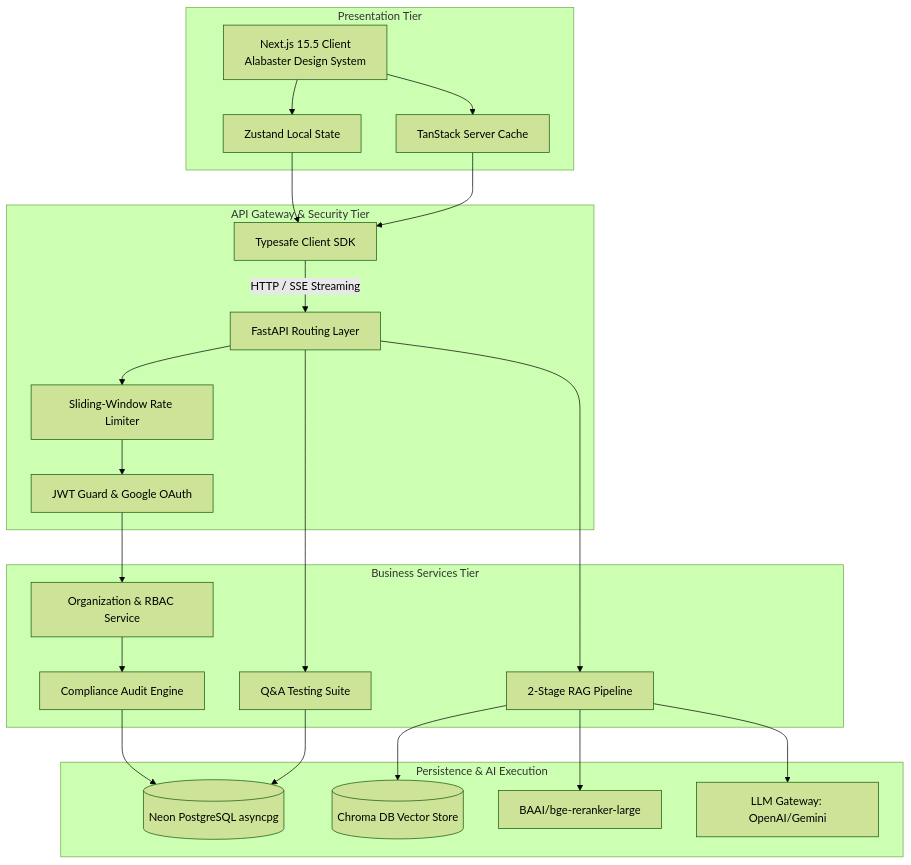
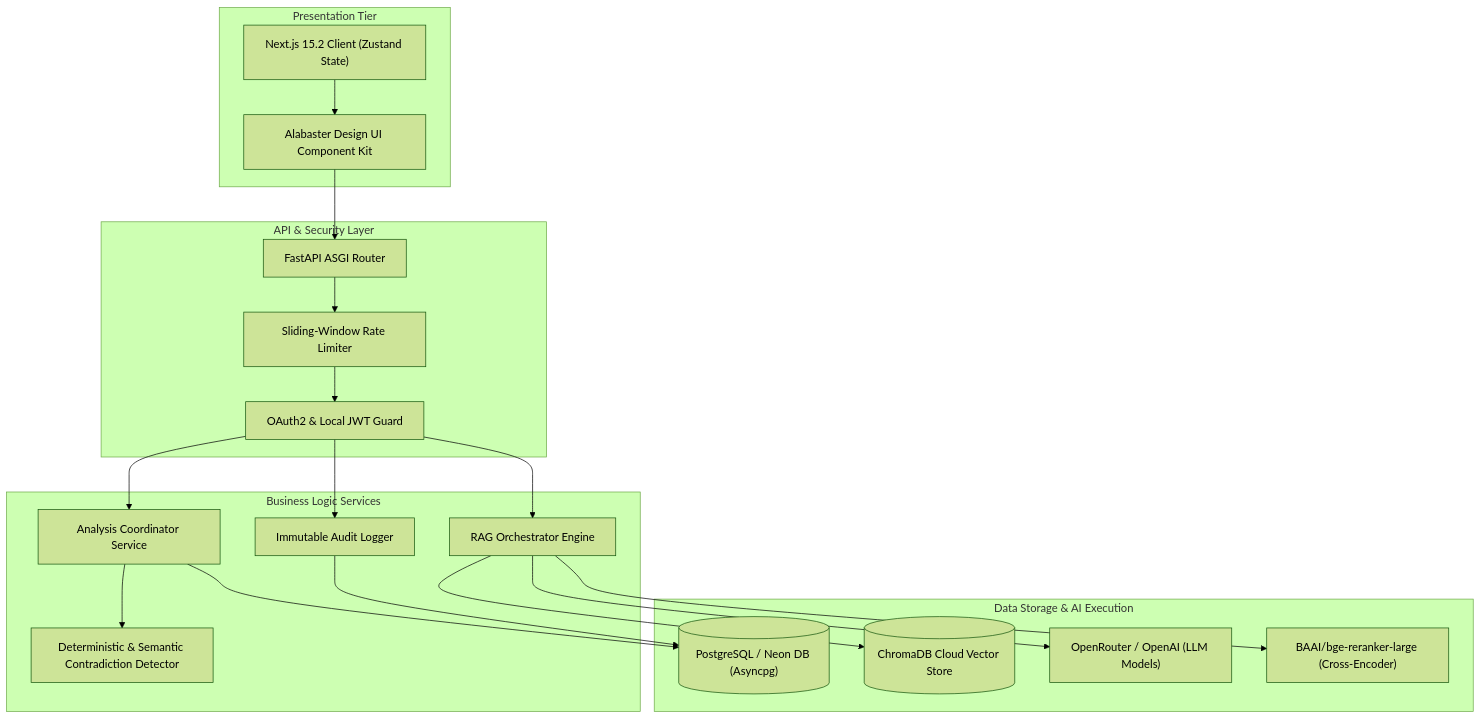
The first of 4 diagrams in README.md (shiteshkhaw/DocuMindAI), drawn with Mermaid (forest theme) before and after one commit. The commit also changed other lines of this file and 22 other files, not shown here.

````diff
--- a/README.md
+++ b/README.md
@@ -61,46 +39,41 @@
 ```mermaid
 graph TB
     subgraph "Presentation Tier"
-        UI[Next.js 15.5 Client<br/>Alabaster Design System]
-        State[Zustand Local State]
-        Query[TanStack Server Cache]
+        UI["Next.js 15.2 Client (Zustand State)"]
+        Components["Alabaster Design UI Component Kit"]
     end
 
-    subgraph "API Gateway & Security Tier"
-        SDK[Typesafe Client SDK]
-        Router[FastAPI Routing Layer]
-        Limiter[Sliding-Window Rate Limiter]
-        Auth[JWT Guard & Google OAuth]
+    subgraph "API & Security Layer"
+        Router["FastAPI ASGI Router"]
+        Auth["OAuth2 & Local JWT Guard"]
+        Limiter["Sliding-Window Rate Limiter"]
     end
 
-    subgraph "Business Services Tier"
-        OrgService[Organization & RBAC Service]
-        AuditLogger[Compliance Audit Engine]
-        RAG[2-Stage RAG Pipeline]
-        Lab[Q&A Testing Suite]
+    subgraph "Business Logic Services"
+        Analysis["Analysis Coordinator Service"]
+        RAG["RAG Orchestrator Engine"]
+        ContrEngine["Deterministic & Semantic Contradiction Detector"]
+        Audit["Immutable Audit Logger"]
     end
 
-    subgraph "Persistence & AI Execution"
-        DB[(Neon PostgreSQL asyncpg)]
-        Chroma[(Chroma DB Vector Store)]
-        CE[BAAI/bge-reranker-large]
-        LLM[LLM Gateway: OpenAI/Gemini]
+    subgraph "Data Storage & AI Execution"
+        Postgres[("PostgreSQL / Neon DB (Asyncpg)")]
+        Chroma[("ChromaDB Cloud Vector Store")]
+        LLM["OpenRouter / OpenAI (LLM Models)"]
+        CE["BAAI/bge-reranker-large (Cross-Encoder)"]
     end
 
-    %% Flow connections
-    UI --> State
-    UI --> Query
-    State & Query --> SDK
-    SDK -- "HTTP / SSE Streaming" --> Router
+    UI --> Components
+    Components --> Router
     Router --> Limiter
     Limiter --> Auth
-    Auth --> OrgService
-    OrgService --> AuditLogger
-    AuditLogger --> DB
-    Router --> RAG
+    Auth --> Analysis
+    Auth --> RAG
+    Auth --> Audit
+    Analysis --> ContrEngine
+    Analysis --> Postgres
     RAG --> Chroma
     RAG --> CE
     RAG --> LLM
-    Router --> Lab
-    Lab --> DB
+    Audit --> Postgres
 ```
````
